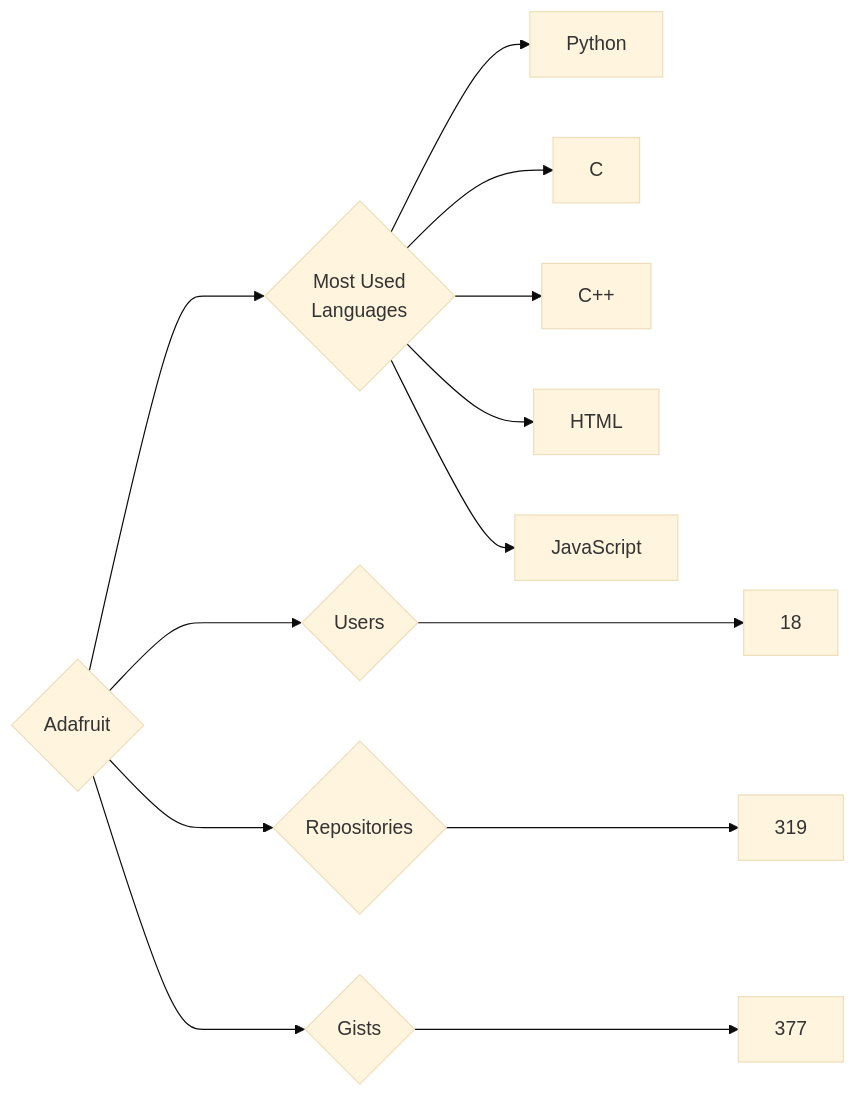
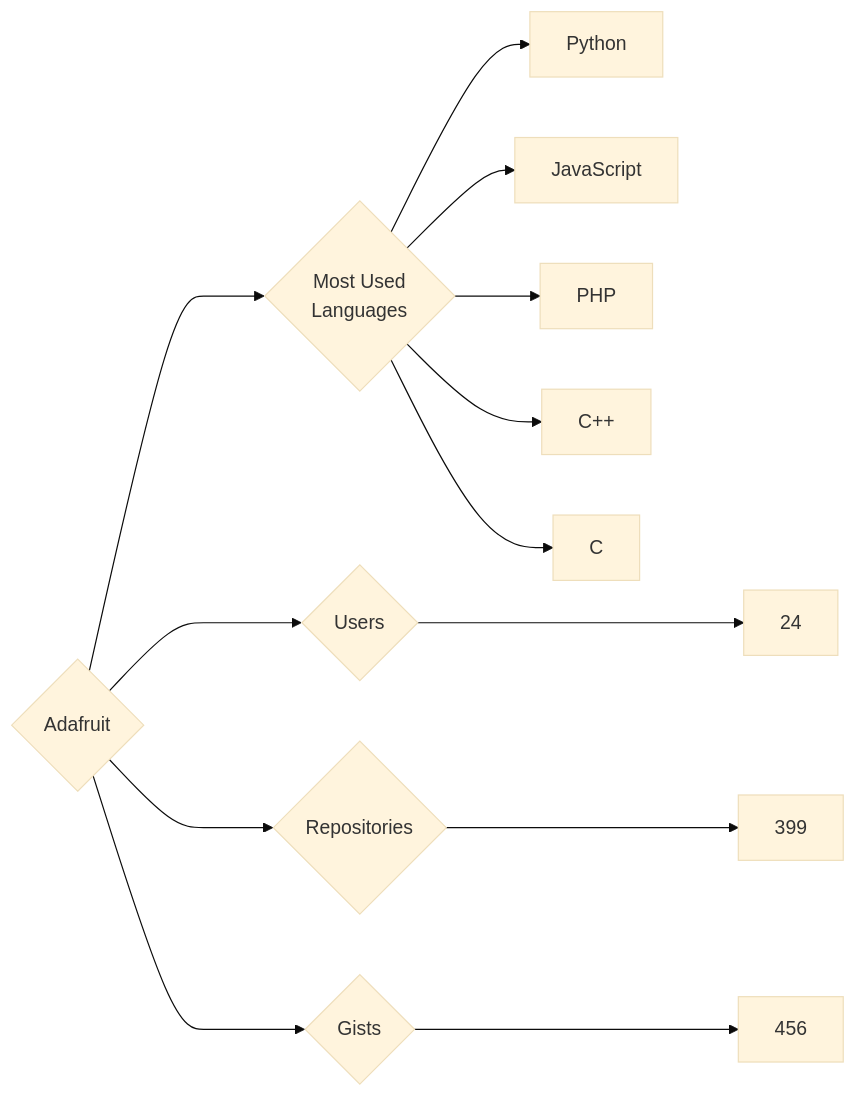
Before and after one commit to trickest/insiders: the diagram in targets/Adafruit/README.md, drawn with Mermaid (base theme). The commit also changed 927 other files, not shown here.

````diff
--- a/targets/Adafruit/README.md
+++ b/targets/Adafruit/README.md
@@ -3,13 +3,13 @@
 ```mermaid
 graph LR
 COMPANY_NAME{Adafruit}
-COMPANY_NAME ---> U{Users} ---> UN[18]
-COMPANY_NAME ---> R{Repositories} ---> RN[319]
-COMPANY_NAME ---> G{Gists} ---> GN[377]
+COMPANY_NAME ---> U{Users} ---> UN[24]
+COMPANY_NAME ---> R{Repositories} ---> RN[399]
+COMPANY_NAME ---> G{Gists} ---> GN[456]
 COMPANY_NAME ---> ML{Most Used<br>Languages}
 ML --> Python[Python]
+ML --> JavaScript[JavaScript]
+ML --> PHP[PHP]
+ML --> C++[C++]
 ML --> C[C]
-ML --> C++[C++]
-ML --> HTML[HTML]
-ML --> JavaScript[JavaScript]
 ```
````
